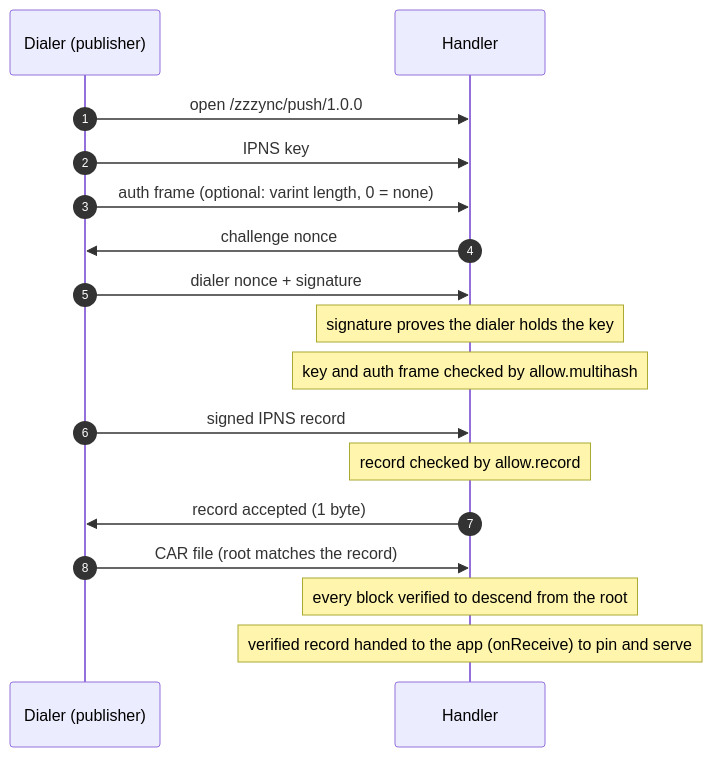
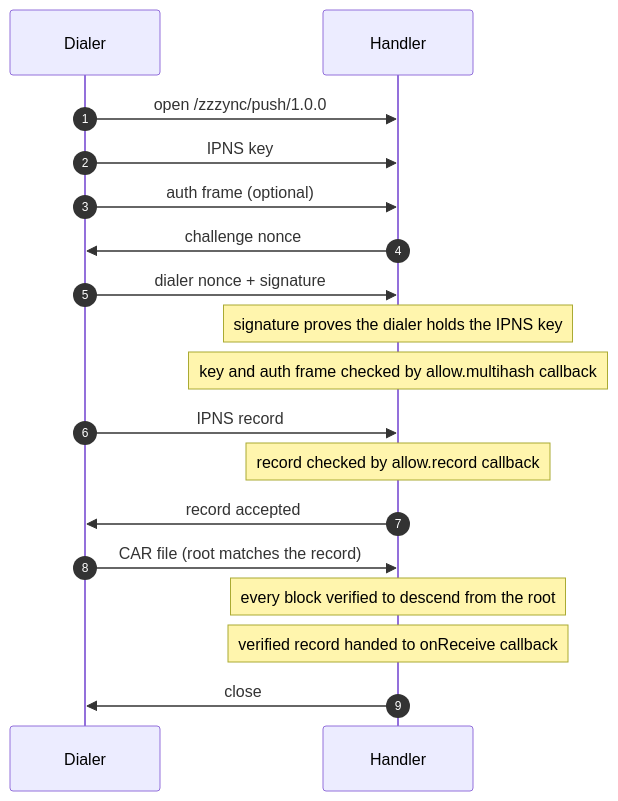
One commit to tabcat/zzzync changed the diagram in readme.md. Above: the diagram before and after it, drawn with Mermaid.

Commit message:
Clarify sequence diagram for IPNS key handling
Updated sequence diagram to clarify the role of the auth frame and the verification process.

````diff
--- a/readme.md
+++ b/readme.md
@@ -9,20 +9,21 @@
 ```mermaid
 sequenceDiagram
   autonumber
-  participant D as Dialer (publisher)
+  participant D as Dialer
   participant H as Handler
 
   D->>H: open /zzzync/push/1.0.0
   D->>H: IPNS key
-  D->>H: auth frame (optional: varint length, 0 = none)
+  D->>H: auth frame (optional)
   H->>D: challenge nonce
   D->>H: dialer nonce + signature
-  Note over H: signature proves the dialer holds the key
-  Note over H: key and auth frame checked by allow.multihash
-  D->>H: signed IPNS record
-  Note over H: record checked by allow.record
-  H->>D: record accepted (1 byte)
+  Note over H: signature proves the dialer holds the IPNS key
+  Note over H: key and auth frame checked by allow.multihash callback
+  D->>H: IPNS record
+  Note over H: record checked by allow.record callback
+  H->>D: record accepted
   D->>H: CAR file (root matches the record)
   Note over H: every block verified to descend from the root
-  Note over H: verified record handed to the app (onReceive) to pin and serve
+  Note over H: verified record handed to onReceive callback
+  H->>D: close
 ```
````
